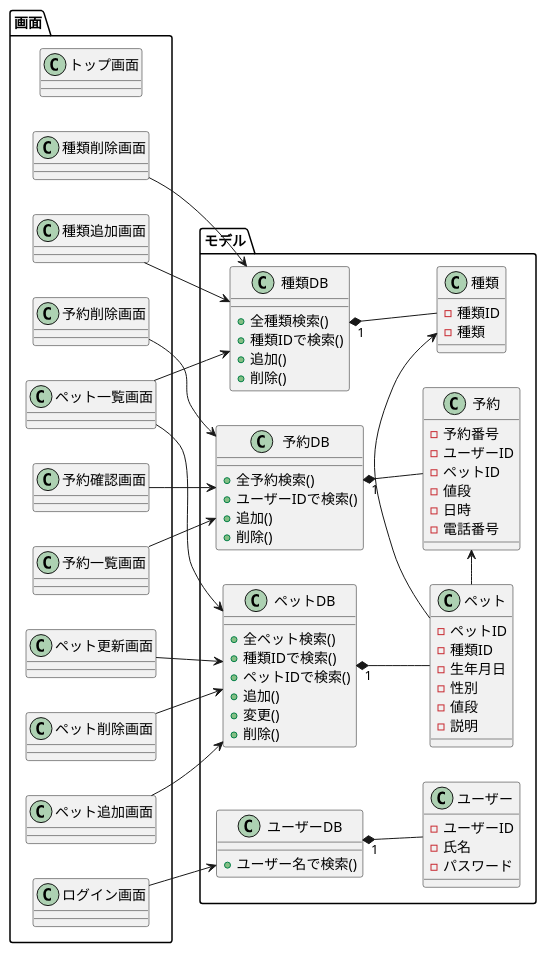
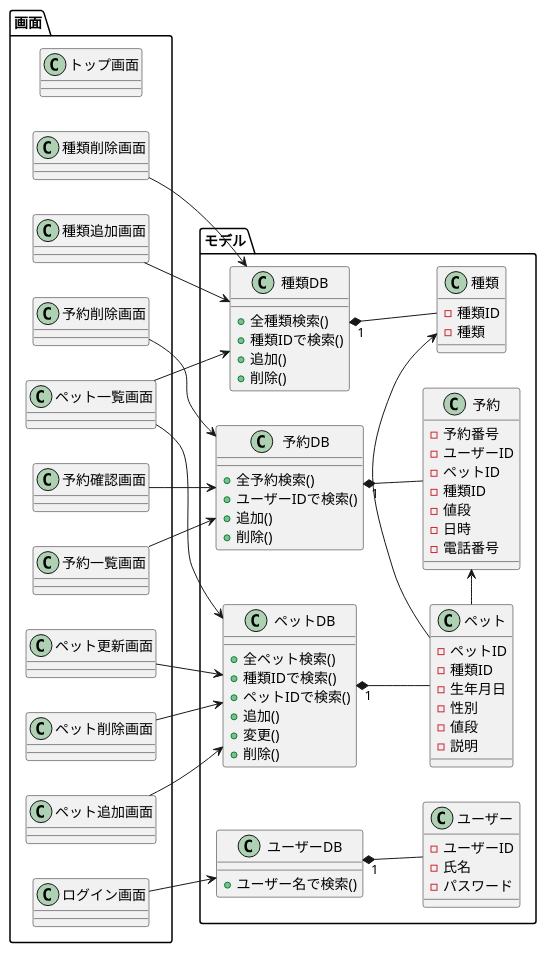
The diagram in UML/class.pu (Tyamanaka07/WebSystem), drawn with PlantUML before and after one commit. The commit also changed 5 other files, not shown here.

```diff
--- a/UML/class.pu
+++ b/UML/class.pu
@@ -1,96 +1,97 @@
 @startuml
 left to right direction
 
 package モデル{
 class ペット{
 	-ペットID
 	-種類ID
 	-生年月日
 	-性別
 	-値段
 	-説明
 }
 
 class 種類{
 	-種類ID
 	-種類
 }
 
 class ユーザー{
 	-ユーザーID
 	-氏名
 	-パスワード
 }
 
 class 予約{
 	-予約番号
 	-ユーザーID
 	-ペットID
+	-種類ID
 	-値段
 	-日時
 	-電話番号
 }
 
 class ペットDB{
 	+全ペット検索()
 	+種類IDで検索()
 	+ペットIDで検索()
 	+追加()
 	+変更()
 	+削除()
 }
 
 class 種類DB{
 	+全種類検索()
 	+種類IDで検索()
 	+追加()
 	+削除()
 }
 
 class ユーザーDB{
 	+ユーザー名で検索()
 }
 
 class 予約DB{
 	+全予約検索()
 	+ユーザーIDで検索()
 	+追加()
 	+削除()
 }
 }
 
 package 画面{
 class トップ画面
 class ペット一覧画面
 class ログイン画面
 class ペット追加画面
 class ペット更新画面
 class ペット削除画面
 class 種類追加画面
 class 種類削除画面
 class 予約確認画面
 class 予約一覧画面
 class 予約削除画面
 
 }
 
 ペットDB "1" *-- ペット
 種類DB "1" *-- 種類
 ユーザーDB "1" *-- ユーザー
 予約DB "1" *-- 予約
 ペット -> 種類
 ペット -> 予約
 
 ペット一覧画面-->種類DB
 ペット一覧画面-->ペットDB
 ログイン画面-->ユーザーDB
 ペット追加画面-->ペットDB
 ペット更新画面-->ペットDB
 種類追加画面-->種類DB
 種類削除画面-->種類DB
 ペット削除画面-->ペットDB
 予約確認画面-->予約DB
 予約一覧画面-->予約DB
 予約削除画面-->予約DB
 
 @enduml
```
